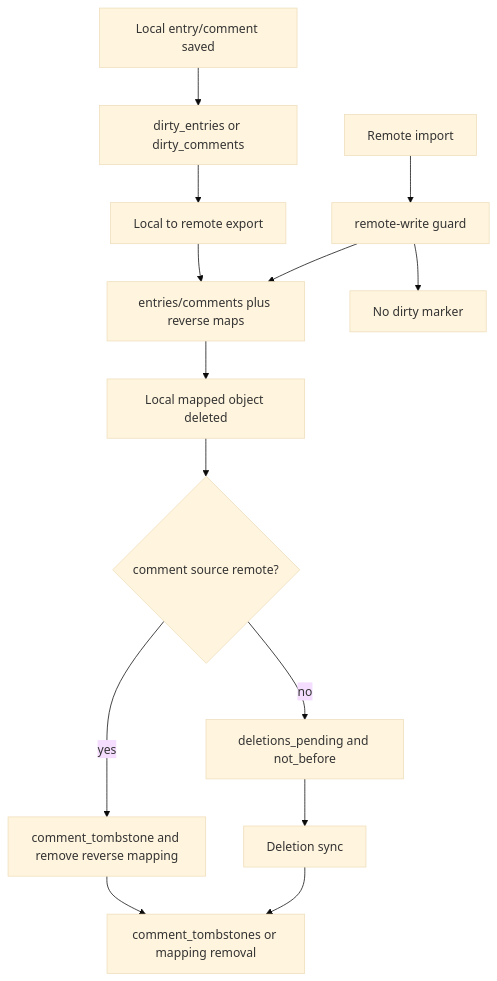
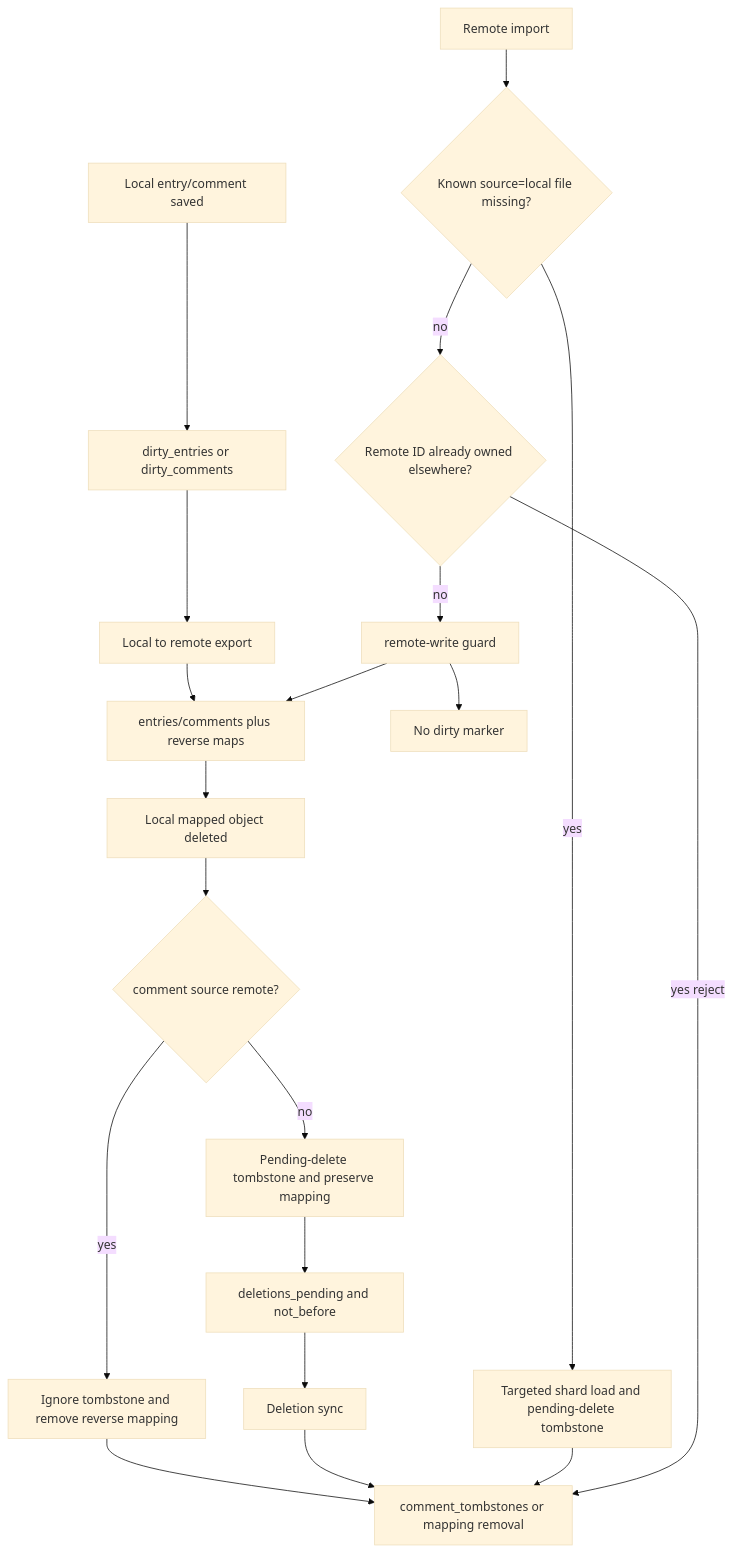
Before and after one commit to flatpressblog/flatpress: the diagram in fp-plugins/mastodon/developer-docs/02-State-Model.md, drawn with Mermaid (base theme). The commit also changed other lines of this file and 33 other files, not shown here.

````diff
--- a/fp-plugins/mastodon/developer-docs/02-State-Model.md
+++ b/fp-plugins/mastodon/developer-docs/02-State-Model.md
@@ -159,23 +177,31 @@
 ```mermaid
 flowchart TD
     LocalCreate[Local entry/comment saved]
     Dirty[dirty_entries or dirty_comments]
     Export[Local to remote export]
     Map[entries/comments plus reverse maps]
     LocalDelete[Local mapped object deleted]
     ImportedRemoteDelete{comment source remote?}
-    IgnoreRemote[comment_tombstone and remove reverse mapping]
+    IgnoreRemote[Ignore tombstone and remove reverse mapping]
+    ProtectLocal[Pending-delete tombstone and preserve mapping]
     Pending[deletions_pending and not_before]
     DeleteSync[Deletion sync]
     Tombstone[comment_tombstones or mapping removal]
     RemoteImport[Remote import]
+    MissingLocal{Known source=local file missing?}
+    Defensive[Targeted shard load and pending-delete tombstone]
+    Conflict{Remote ID already owned elsewhere?}
     Guard[remote-write guard]
     Clean[No dirty marker]
 
     LocalCreate --> Dirty --> Export --> Map
     Map --> LocalDelete --> ImportedRemoteDelete
     ImportedRemoteDelete -->|yes| IgnoreRemote --> Tombstone
-    ImportedRemoteDelete -->|no| Pending --> DeleteSync --> Tombstone
-    RemoteImport --> Guard --> Map
+    ImportedRemoteDelete -->|no| ProtectLocal --> Pending --> DeleteSync --> Tombstone
+    RemoteImport --> MissingLocal
+    MissingLocal -->|yes| Defensive --> Tombstone
+    MissingLocal -->|no| Conflict
+    Conflict -->|yes reject| Tombstone
+    Conflict -->|no| Guard --> Map
     Guard --> Clean
 ```
````
